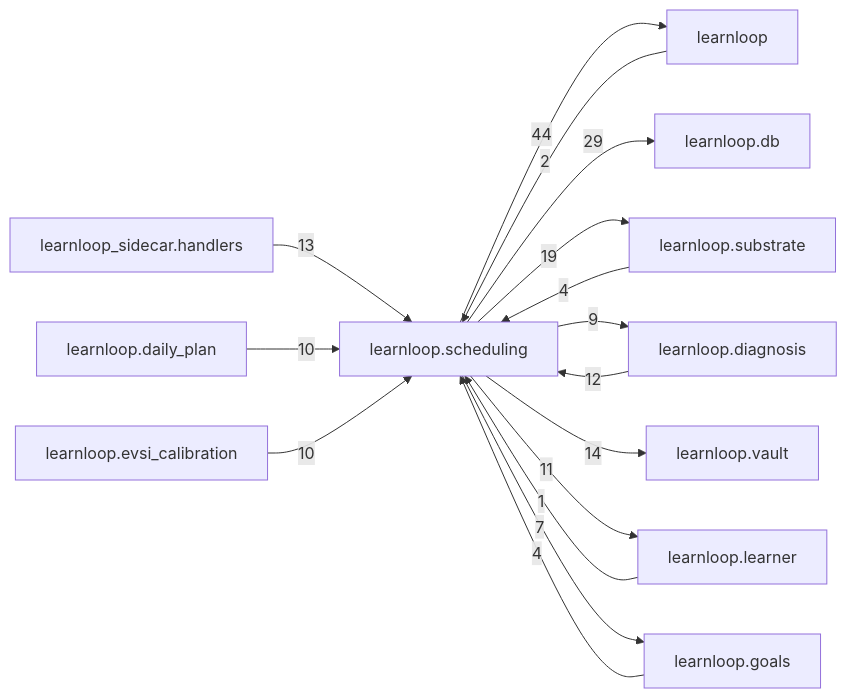
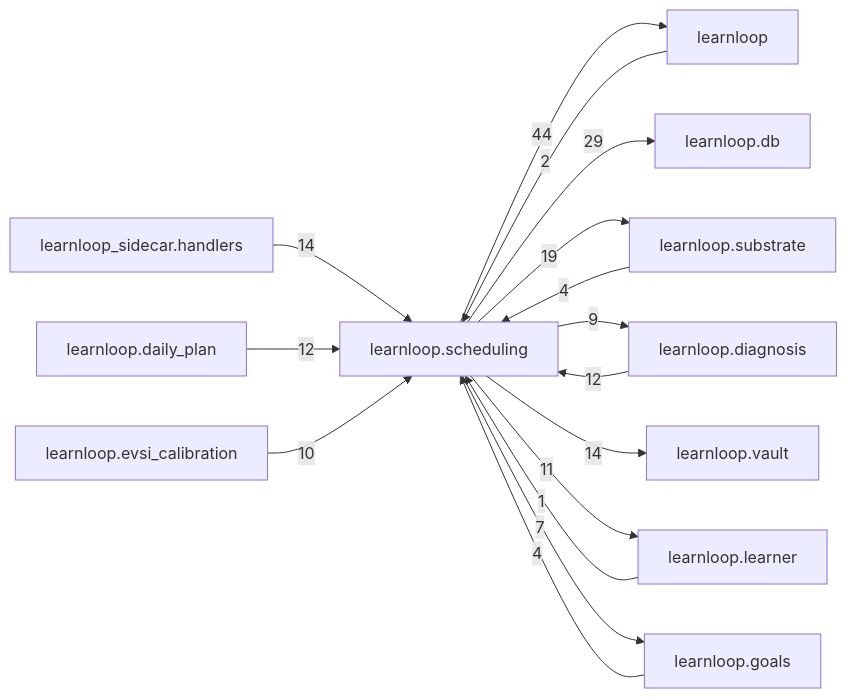
The diagram in docs/learnloop-architecture-vault/Reference/Modules/learnloop/scheduling/_package.md (6up-b/learnanything), drawn with Mermaid before and after one commit. The commit also changed other lines of this file and 584 other files, not shown here.

````diff
--- a/docs/learnloop-architecture-vault/Reference/Modules/learnloop/scheduling/_package.md
+++ b/docs/learnloop-architecture-vault/Reference/Modules/learnloop/scheduling/_package.md
@@ -186,29 +188,29 @@
 ```mermaid
 flowchart LR
     center["learnloop.scheduling"]
     n_learnloop["learnloop"]
     n_learnloop_db["learnloop.db"]
     n_learnloop_substrate["learnloop.substrate"]
     n_learnloop_diagnosis["learnloop.diagnosis"]
     n_learnloop_vault["learnloop.vault"]
     n_learnloop_sidecar_handlers["learnloop_sidecar.handlers"]
+    n_learnloop_daily_plan["learnloop.daily_plan"]
     n_learnloop_learner["learnloop.learner"]
     n_learnloop_goals["learnloop.goals"]
-    n_learnloop_daily_plan["learnloop.daily_plan"]
     n_learnloop_evsi_calibration["learnloop.evsi_calibration"]
     n_learnloop -->|2| center
     center -->|44| n_learnloop
     center -->|29| n_learnloop_db
     n_learnloop_substrate -->|4| center
     center -->|19| n_learnloop_substrate
     n_learnloop_diagnosis -->|12| center
     center -->|9| n_learnloop_diagnosis
     center -->|14| n_learnloop_vault
-    n_learnloop_sidecar_handlers -->|13| center
+    n_learnloop_sidecar_handlers -->|14| center
+    n_learnloop_daily_plan -->|12| center
     n_learnloop_learner -->|1| center
     center -->|11| n_learnloop_learner
     n_learnloop_goals -->|4| center
     center -->|7| n_learnloop_goals
-    n_learnloop_daily_plan -->|10| center
     n_learnloop_evsi_calibration -->|10| center
 ```
````
